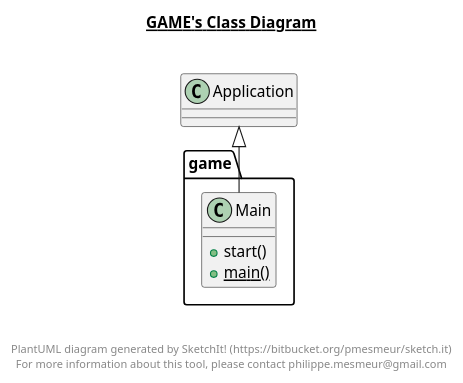
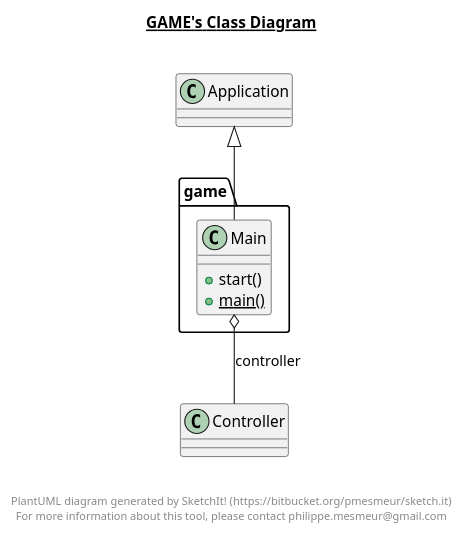
Before and after one commit to rflorian2017/TextAdventureGame: the diagram in src/game/game.plantuml, drawn with PlantUML. The commit also changed 6 other files, not shown here.

```diff
--- a/src/game/game.plantuml
+++ b/src/game/game.plantuml
@@ -1,23 +1,24 @@
 @startuml
 
 title __GAME's Class Diagram__\n
 
   package game {
     class Main {
         + start()
         {static} + main()
     }
   }
   
 
   Main -up-|> Application
+  Main o-- Controller : controller
 
 
 right footer
 
 
 PlantUML diagram generated by SketchIt! (https://bitbucket.org/pmesmeur/sketch.it)
 For more information about this tool, please contact philippe.mesmeur@gmail.com
 endfooter
 
 @enduml
```
